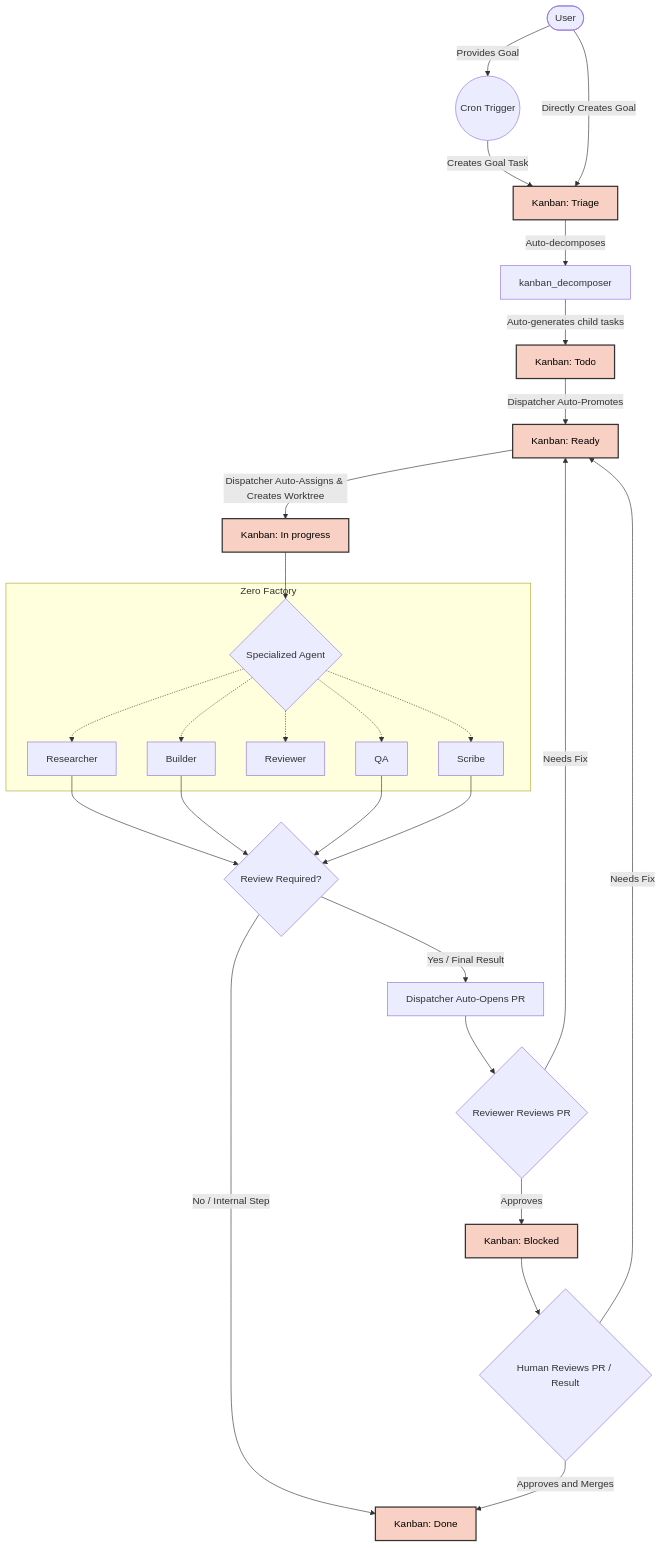
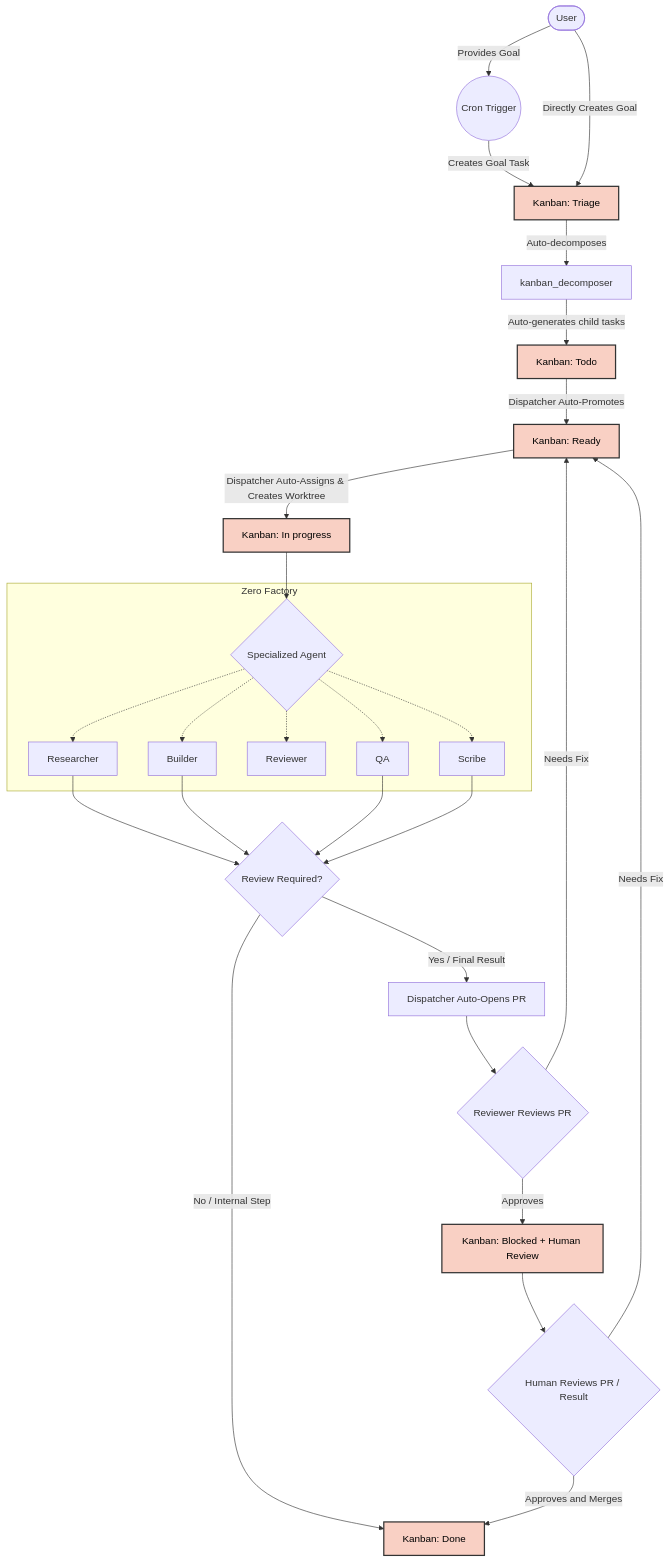
One commit to hotcode-dev/zerofactory changed the diagram in README.md. Above: the diagram before and after it, drawn with Mermaid. The commit also changed other lines of this file and 1 other file, not shown here.

Commit message:
refactor: update workflow documentation and task queue prompt to align with the [Human Review] process

````diff
--- a/README.md
+++ b/README.md
@@ -37,44 +37,44 @@
 ```mermaid
 graph TD
     classDef kanban fill:#f9d0c4,stroke:#333,stroke-width:2px,color:#000;
     
     User([User]) -->|Provides Goal| Cron((Cron Trigger))
     Cron -->|Creates Goal Task| Triage[Kanban: Triage]:::kanban
     
     User -->|Directly Creates Goal| Triage
     
     Triage -->|Auto-decomposes| Decomposer[kanban_decomposer]
     Decomposer -->|Auto-generates child tasks| Todo[Kanban: Todo]:::kanban
     
     Todo -->|Dispatcher Auto-Promotes| Ready[Kanban: Ready]:::kanban
     
     Ready -->|Dispatcher Auto-Assigns & Creates Worktree| InProgress[Kanban: In progress]:::kanban
     
     InProgress --> AgentWork{Specialized Agent}
     
     subgraph Zero Factory
         AgentWork -.-> Researcher
         AgentWork -.-> Builder
         AgentWork -.-> Reviewer
         AgentWork -.-> QA
         AgentWork -.-> Scribe
     end
     
     Researcher --> TaskComplete
     Builder --> TaskComplete
     QA --> TaskComplete
     Scribe --> TaskComplete
     
     TaskComplete{Review Required?}
     TaskComplete -->|No / Internal Step| Done[Kanban: Done]:::kanban
     
     TaskComplete -->|Yes / Final Result| PR[Dispatcher Auto-Opens PR]
     
     PR --> ReviewerReview{Reviewer Reviews PR}
     ReviewerReview -->|Needs Fix| Ready
-    ReviewerReview -->|Approves| Blocked[Kanban: Blocked]:::kanban
+    ReviewerReview -->|Approves| Blocked[Kanban: Blocked + Human Review]:::kanban
     
     Blocked --> HumanResultReview{Human Reviews PR / Result}
     HumanResultReview -->|Needs Fix| Ready
     HumanResultReview -->|Approves and Merges| Done
 ```
````
